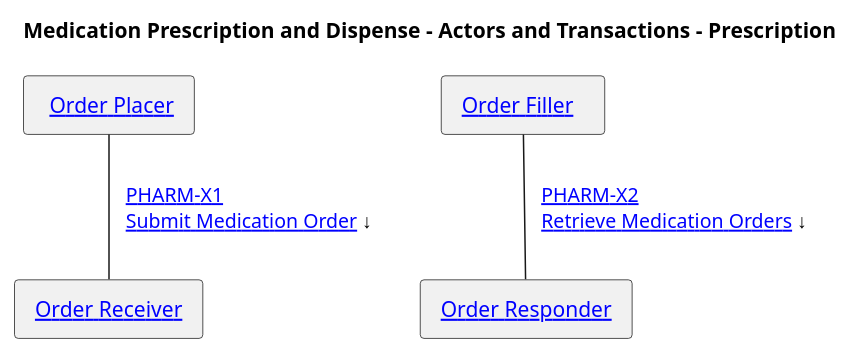
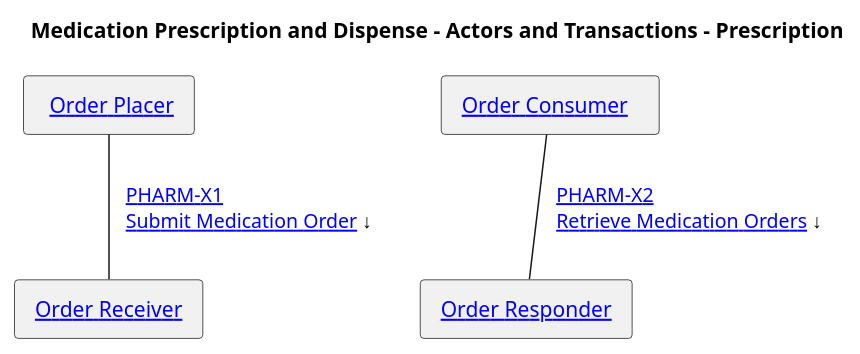
Before and after one commit to IHE/pharm-mpd: the diagram in input/images-source/actors-transactions-prescription.plantuml, drawn with PlantUML. The commit also changed 19 other files, not shown here.

```diff
--- a/input/images-source/actors-transactions-prescription.plantuml
+++ b/input/images-source/actors-transactions-prescription.plantuml
@@ -1,43 +1,43 @@
 @startuml
 '!include ./style.iuml
 skinparam linetype ortho
 skinparam linetype polyline
 
 title Medication Prescription and Dispense - Actors and Transactions - Prescription
 agent "  [[actors_and_transactions.html#order-placer Order Placer ]]" as orderplacer 
 agent " [[actors_and_transactions.html#order-receiver Order Receiver ]]" as orderreceiver 
 agent " [[actors_and_transactions.html#order-receiver Order Responder ]]" as orderresponder 
 
-agent " [[actors_and_transactions.html#orderfiller Order Filler   ]]" as orderfiller 
+agent " [[actors_and_transactions.html#OrderConsumer Order Consumer   ]]" as OrderConsumer 
 
 
 'agent "[[actors_and_transactions.html#dipensereceiver Dispense Receiver]]" as dispensereceiver
 'agent "[[actors_and_transactions.html#dipenseresponder Dispense Responder]]" as dispenseresponder 
 
 
 ' \n\n   [[PHARM-X2.html PHARM-M2 Supply Response/status]] ↑
 
 orderplacer -d- orderreceiver : "   [[PHARM-X1.html PHARM-X1\nSubmit Medication Order]] ↓       "
 orderreceiver -[hidden]r- orderresponder : "\t\t\t\t"
 
 'orderresponder -d[hidden]- dispensereceiver
 'orderresponder -r[hidden]- dispensereceiver
-orderresponder -[hidden]r- orderfiller
+orderresponder -[hidden]r- OrderConsumer
 
-orderplacer -[hidden]r- orderfiller : "\t\t\t\t      "
+orderplacer -[hidden]r- OrderConsumer : "\t\t\t\t      "
 
 'dispensereceiver -l[hidden]- dispenseresponder : "   "
 
 
-orderresponder -u- orderfiller: "   [[PHARM-X1.html PHARM-X2\nRetrieve Medication Orders]] ↓          "
-'orderfiller -d- dispensereceiver: "   [[PHARM-X3.html PHARM-X3\nDispense]]↓  "
+orderresponder -u- OrderConsumer: "   [[PHARM-X1.html PHARM-X2\nRetrieve Medication Orders]] ↓          "
+'OrderConsumer -d- dispensereceiver: "   [[PHARM-X3.html PHARM-X3\nDispense]]↓  "
 
 ' → ↑ ← ↓
 
 'orderresponder -r- dispensereceiver:  "   [[PHARM-X2.html PHARM-X2 Dispense]]  ←   "
 ' dispensereceiver -r- dispenseresponder : ""
 
-'orderfiller -d- orderfiller : "   [[PHARM-M2.html PHARM-M2 Fetch Orders]] ←  "
+'OrderConsumer -d- OrderConsumer : "   [[PHARM-M2.html PHARM-M2 Fetch Orders]] ←  "
 'dispenser -[hidden]r- invreporter : "\t\t\t\t\t "
 'invreporter -d- invmanager : "   [[PHARM-M5.html PHARM-M5 Inventory Status]] ↑                  \n\n   [[PHARM-M6.html PHARM-M6 Inventory Update]] ↓                 \n\n[[PHARM-M7.html PHARM-M7 Inventory Query]] ↓\t\t  "
 @enduml
```
